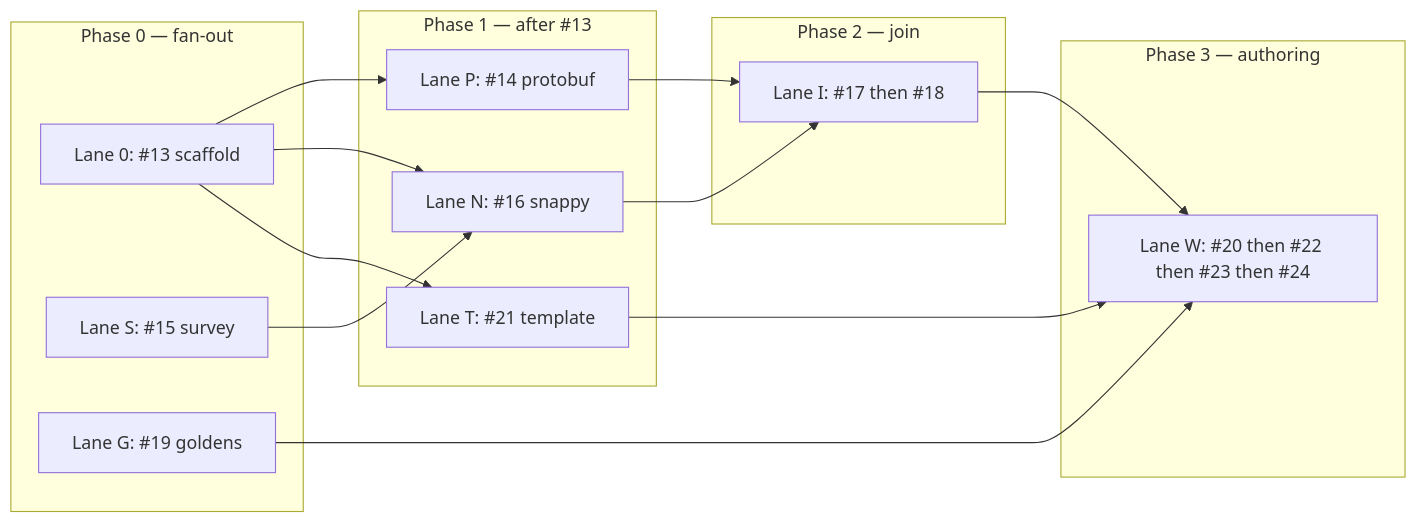
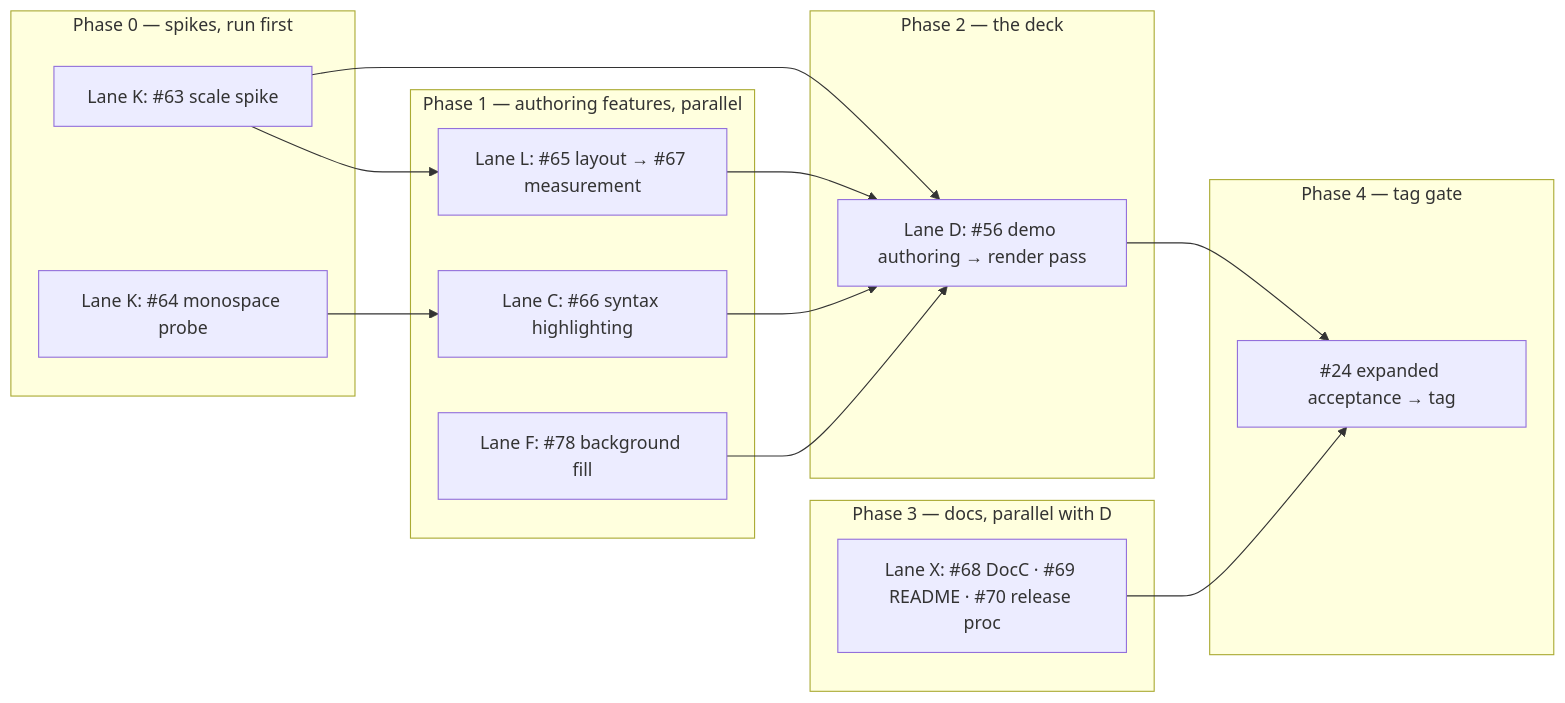
One commit to brightdigit/KeynoteKit changed the diagram in .claude/PARALLEL-WORKTREES.md. Above: the diagram before and after it, drawn with Mermaid. The commit also changed other lines of this file, not shown here.

First line of the commit message:
Rewrite PARALLEL-WORKTREES for the v0.1.0 demo lanes

````diff
--- a/.claude/PARALLEL-WORKTREES.md
+++ b/.claude/PARALLEL-WORKTREES.md
@@ -28,28 +33,29 @@
 ```mermaid
 flowchart LR
-  subgraph phase0 [Phase 0 — fan-out]
-    L0[Lane 0: #13 scaffold]
-    L3[Lane S: #15 survey]
-    L7[Lane G: #19 goldens]
+  subgraph phase0 [Phase 0 — spikes, run first]
+    K1[Lane K: #63 scale spike]
+    K2[Lane K: #64 monospace probe]
   end
-  subgraph phase1 [Phase 1 — after #13]
-    LP[Lane P: #14 protobuf]
-    LN[Lane N: #16 snappy]
-    LT[Lane T: #21 template]
+  subgraph phase1 [Phase 1 — authoring features, parallel]
+    LL[Lane L: #65 layout → #67 measurement]
+    LC[Lane C: #66 syntax highlighting]
+    LF[Lane F: #78 background fill]
   end
-  subgraph phase2 [Phase 2 — join]
-    LI[Lane I: #17 then #18]
+  subgraph phase2 [Phase 2 — the deck]
+    LD[Lane D: #56 demo authoring → render pass]
   end
-  subgraph phase3 [Phase 3 — authoring]
-    LW[Lane W: #20 then #22 then #23 then #24]
+  subgraph phase3 [Phase 3 — docs, parallel with D]
+    LX[Lane X: #68 DocC · #69 README · #70 release proc]
   end
-  L0 --> LP
-  L0 --> LN
-  L0 --> LT
-  L3 --> LN
-  LP --> LI
-  LN --> LI
-  LI --> LW
-  L7 --> LW
-  LT --> LW
+  subgraph phase4 [Phase 4 — tag gate]
+    LT[#24 expanded acceptance → tag]
+  end
+  K1 --> LL
+  K1 --> LD
+  K2 --> LC
+  LL --> LD
+  LC --> LD
+  LF --> LD
+  LD --> LT
+  LX --> LT
 ```
````
